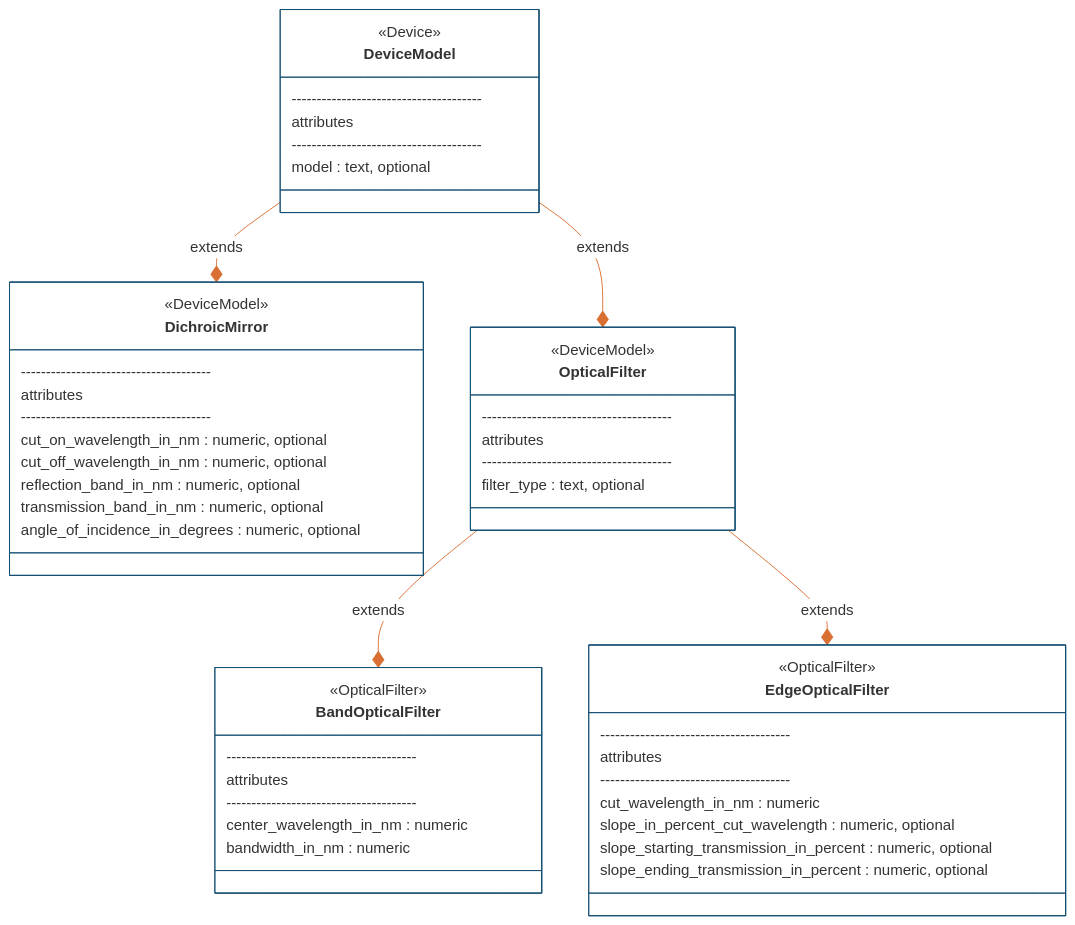
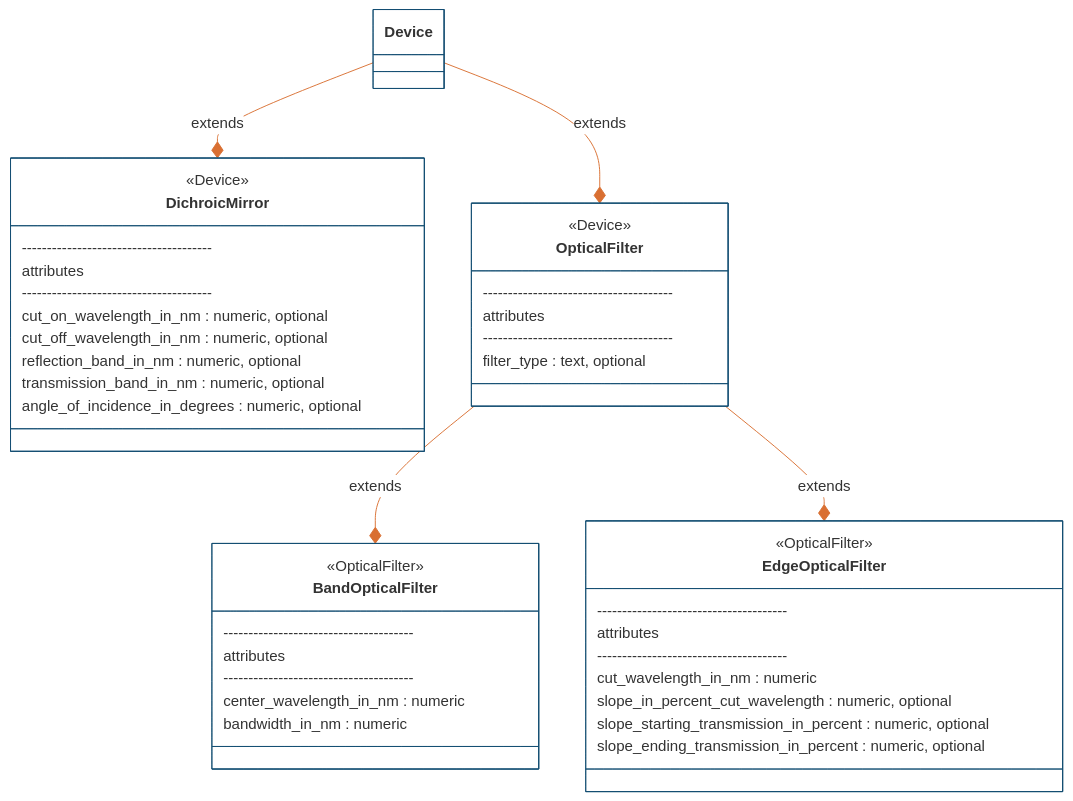
The second of 3 diagrams in README.md (catalystneuro/ndx-ophys-devices), drawn with Mermaid before and after one commit. The commit also changed other lines of this file and 9 other files, not shown here.

Commit message:
remove DeviceModel

````diff
--- a/README.md
+++ b/README.md
@@ -197,52 +181,45 @@
 ```mermaid
 %%{init: {'theme': 'base', 'themeVariables': {'primaryColor': '#ffffff', "primaryBorderColor': '#144E73', 'lineColor': '#D96F32'}}}%%
 classDiagram
     direction BT
-    class DeviceModel{
+    class DichroicMirror{
         <<Device>>
-        --------------------------------------
-        attributes
-        --------------------------------------
-        model : text, optional
-    }
-    class DichroicMirror{
-        <<DeviceModel>>
         --------------------------------------
         attributes
         --------------------------------------
         cut_on_wavelength_in_nm : numeric, optional
         cut_off_wavelength_in_nm : numeric, optional
         reflection_band_in_nm : numeric, optional
         transmission_band_in_nm : numeric, optional
         angle_of_incidence_in_degrees : numeric, optional
     }
     class OpticalFilter{
-        <<DeviceModel>>
+        <<Device>>
         --------------------------------------
         attributes
         --------------------------------------
         filter_type : text, optional
     }
     class BandOpticalFilter{
         <<OpticalFilter>>
         --------------------------------------
         attributes
         --------------------------------------
         center_wavelength_in_nm : numeric
         bandwidth_in_nm : numeric
     }
     class EdgeOpticalFilter{
         <<OpticalFilter>>
         --------------------------------------
         attributes
         --------------------------------------
         cut_wavelength_in_nm : numeric
         slope_in_percent_cut_wavelength : numeric, optional
         slope_starting_transmission_in_percent : numeric, optional
         slope_ending_transmission_in_percent : numeric, optional
     }
-    DichroicMirror *-- DeviceModel : extends
-    OpticalFilter *-- DeviceModel : extends
+    DichroicMirror *-- Device : extends
+    OpticalFilter *-- Device : extends
     BandOpticalFilter *-- OpticalFilter : extends
     EdgeOpticalFilter *-- OpticalFilter : extends
 ```
````
